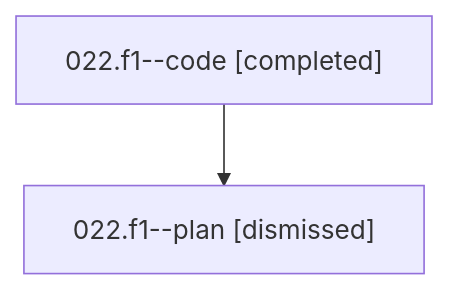
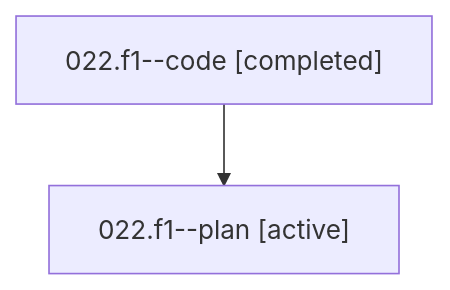
Before and after one commit to bobs-org/bob-cli--agents: the diagram in families/bbugyi200.athena.022.f1.md, drawn with Mermaid. The commit also changed other lines of this file and 1279 other files, not shown here.

````diff
--- a/families/bbugyi200.athena.022.f1.md
+++ b/families/bbugyi200.athena.022.f1.md
@@ -9,6 +9,6 @@
 ```mermaid
 flowchart TD
   n0["022.f1--code [completed]"]
-  n1["022.f1--plan [dismissed]"]
+  n1["022.f1--plan [active]"]
   n0 --> n1
 ```
````
